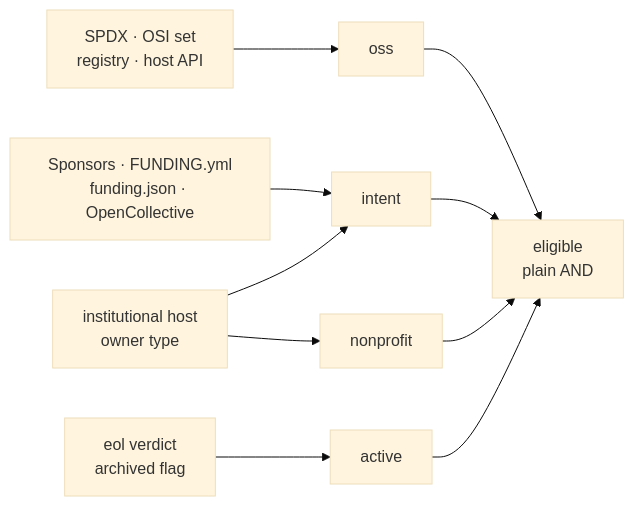
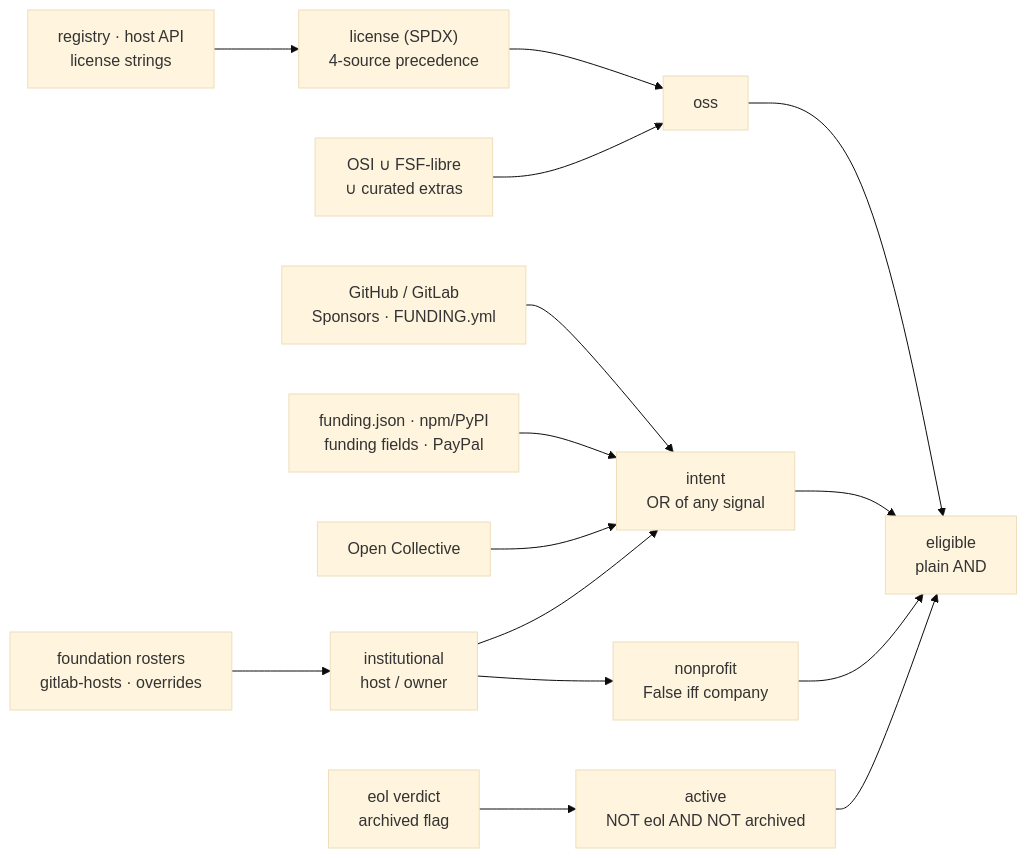
Before and after one commit to osendowment/model: the diagram in docs/eligibility.md, drawn with Mermaid (base theme). The commit also changed other lines of this file and 2 other files, not shown here.

Commit message:
docs: show the scoring metrics inside each diagram node
The three diagrams stopped at dimension and check names, so they said little
the spine table did not. Each now runs source to metric to dimension to
output.

Risk names the metrics that actually score — bus factor and HHI, loc_eoy and
cyclomatic_max, openssf_score and cve_count_5y, the three per-contributor
ratios — and a note lists what each build collects but leaves out of the
score. The diagram now also shows workload reusing complexity's LOC and
security's CVE count, divided by active contributors.

Value shows downloads doing two jobs: selecting the top packages and
personalizing the PageRank. Eligibility breaks the four signal groups into
their real sources, and shows the institutional host feeding both `intent`
and `nonprofit`.

All three rendered through mermaid-cli to check they parse and read cleanly.

````diff
--- a/docs/eligibility.md
+++ b/docs/eligibility.md
@@ -51,18 +51,28 @@
 ```mermaid
 graph LR
-    lic["SPDX · OSI set<br/>registry · host API"]
-    fund["Sponsors · FUNDING.yml<br/>funding.json · OpenCollective"]
-    inst["institutional host<br/>owner type"]
-    state["eol verdict<br/>archived flag"]
+    osi["OSI ∪ FSF-libre<br/>∪ curated extras"]
+    reg["registry · host API<br/>license strings"]
+    gh["GitHub / GitLab<br/>Sponsors · FUNDING.yml"]
+    ff["funding.json · npm/PyPI<br/>funding fields · PayPal"]
+    oc["Open Collective"]
+    ros["foundation rosters<br/>gitlab-hosts · overrides"]
+    st["eol verdict<br/>archived flag"]
 
+    reg --> lic["license (SPDX)<br/>4-source precedence"]
     lic --> oss["oss"]
-    fund --> intent["intent"]
-    inst --> intent
-    inst --> nonprofit["nonprofit"]
-    state --> active["active"]
+    osi --> oss
 
-    oss --> eligible["eligible<br/>plain AND"]
-    intent --> eligible
-    nonprofit --> eligible
-    active --> eligible
+    gh --> intent["intent<br/>OR of any signal"]
+    ff --> intent
+    oc --> intent
+    ros --> host["institutional<br/>host / owner"]
+    host --> intent
+    host --> nonprofit["nonprofit<br/>False iff company"]
+
+    st --> active["active<br/>NOT eol AND NOT archived"]
+
+    oss --> elig["eligible<br/>plain AND"]
+    intent --> elig
+    nonprofit --> elig
+    active --> elig
 ```
````
